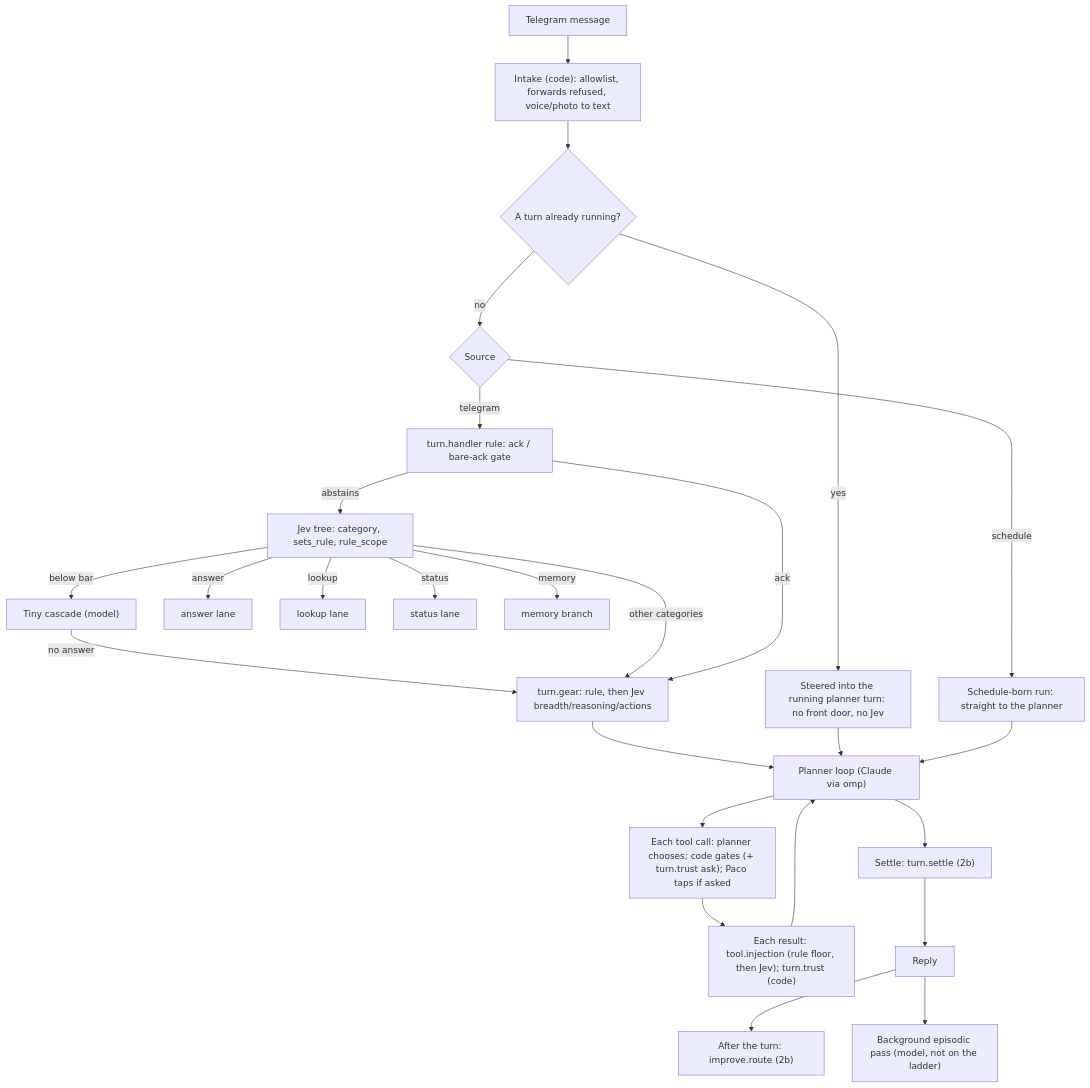
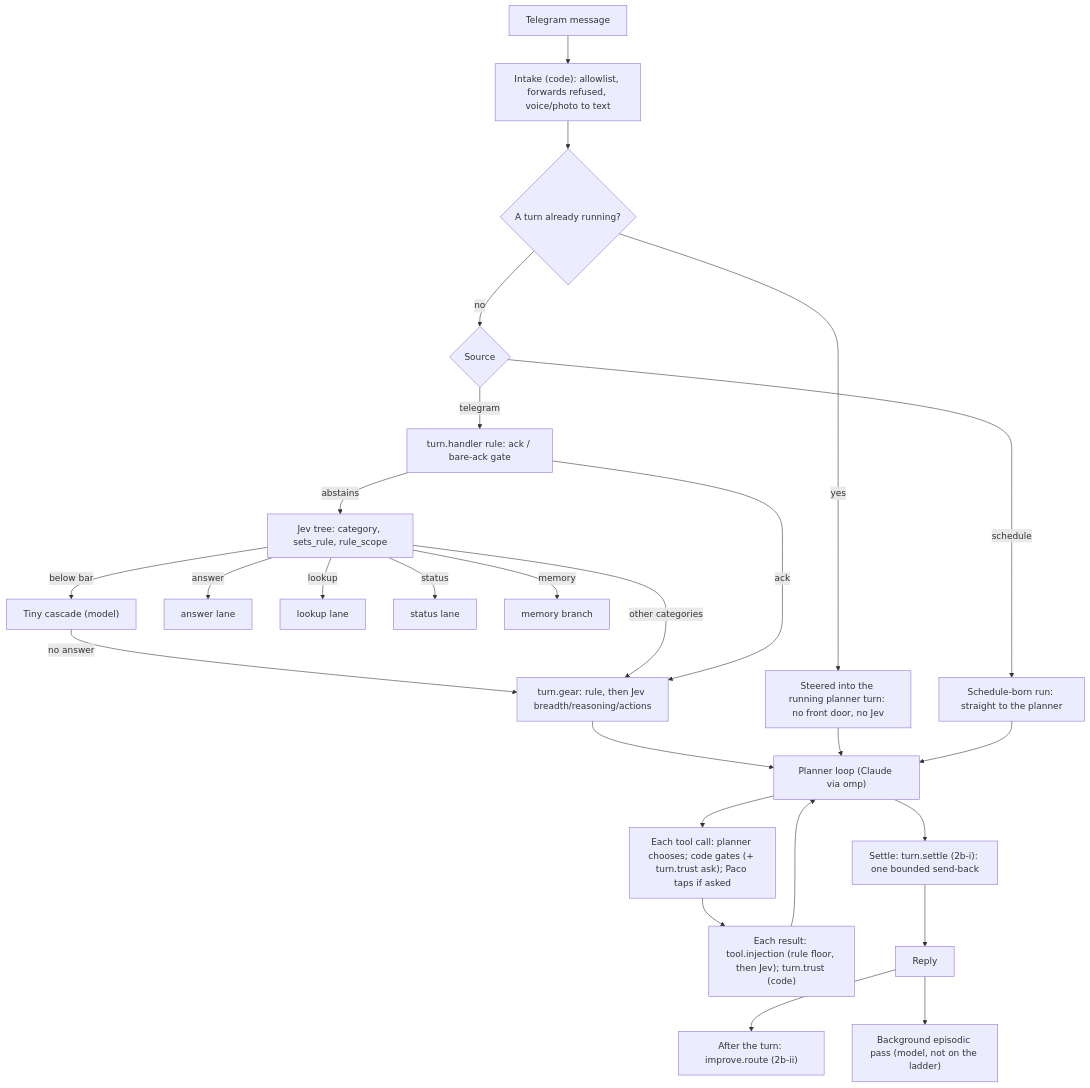
One commit to brahmasky/adventure changed the diagram in docs/reference/decision-map.md. Above: the diagram before and after it, drawn with Mermaid. The commit also changed other lines of this file and 9 other files, not shown here.

Commit message:
docs: ladder 2b-i shipped — ADR 0030 amendment (turn.settle, judged reads, settleAsk, masked reads, todo), map, layer, state (Task 14)

````diff
--- a/docs/reference/decision-map.md
+++ b/docs/reference/decision-map.md
@@ -30,28 +30,28 @@
 ```mermaid
 flowchart TD
   M["Telegram message"] --> I["Intake (code): allowlist, forwards refused, voice/photo to text"]
   I --> R{"A turn already running?"}
   R -- yes --> ST["Steered into the running planner turn: no front door, no Jev"]
   R -- no --> S{"Source"}
   S -- schedule --> SP["Schedule-born run: straight to the planner"]
   S -- telegram --> G["turn.handler rule: ack / bare-ack gate"]
   G -->|abstains| J["Jev tree: category, sets_rule, rule_scope"]
   J -->|below bar| T["Tiny cascade (model)"]
   T -->|no answer| P
   J -->|answer| LA["answer lane"]
   J -->|lookup| LL["lookup lane"]
   J -->|status| LS["status lane"]
   J -->|memory| MK["memory branch"]
   J -->|other categories| P
   G -->|ack| P
   P["turn.gear: rule, then Jev breadth/reasoning/actions"] --> PL["Planner loop (Claude via omp)"]
   ST --> PL
   SP --> PL
   PL --> TC["Each tool call: planner chooses; code gates (+ turn.trust ask); Paco taps if asked"]
   TC --> TR["Each result: tool.injection (rule floor, then Jev); turn.trust (code)"]
   TR --> PL
-  PL --> SE["Settle: turn.settle (2b)"]
+  PL --> SE["Settle: turn.settle (2b-i): one bounded send-back"]
   SE --> RP["Reply"]
-  RP --> IR["After the turn: improve.route (2b)"]
+  RP --> IR["After the turn: improve.route (2b-ii)"]
   RP --> BG["Background episodic pass (model, not on the ladder)"]
 ```
````
